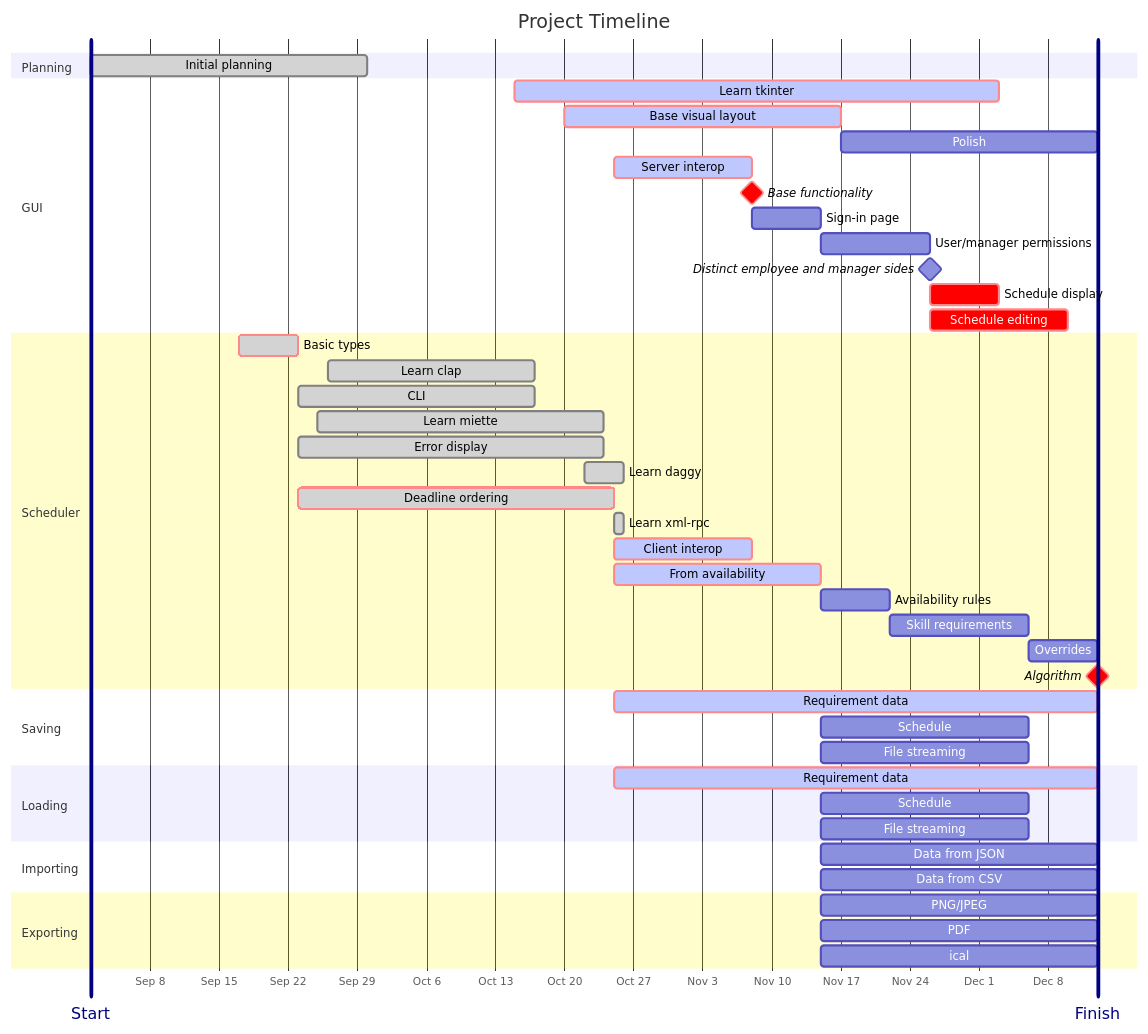
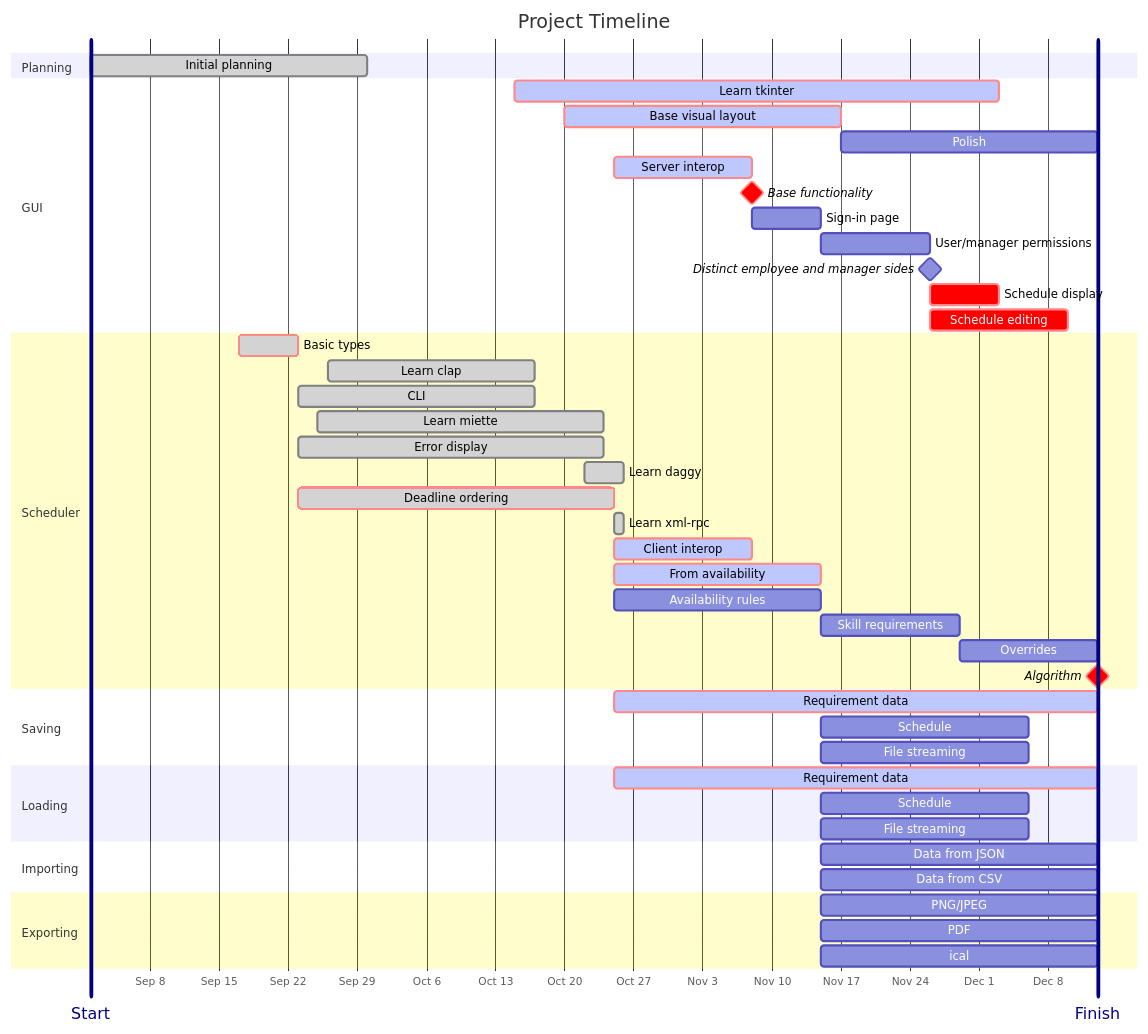
One commit to AmityWilder/gvsu-cis350-sporks changed the first of 4 diagrams in artifacts/diagrams.md. Above: the diagram before and after it, drawn with Mermaid.

Commit message:
Make availability rules and availability tasks parallel

````diff
--- a/artifacts/diagrams.md
+++ b/artifacts/diagrams.md
@@ -3,61 +3,61 @@
 ```mermaid
 gantt
     title Project Timeline
     dateFormat YYYY-M-D
     axisFormat %b %e
     tickInterval 1week
     weekday monday
     todayMarker on
     Start  : vert, 2025-9-2, 0d
     Finish : vert, 2025-12-13, 0d
 
     section Planning
     Initial planning                        : done, plan-init, 2025-9-2, 4w
 
     section GUI
     Learn tkinter                           : crit, active, lrn-tk, 2025-10-15, 7w
     Base visual layout                      : crit, active, base-layout, 2025-10-20, 4w
     Polish                                  : polish, after base-layout, 26d
     Server interop                          : crit, active, interop-clt, 2025-10-25, 2w
     Base functionality                      : crit, milestone, interop-clt
     Sign-in page                            : sign-in, after interop-clt, 1w
     User/manager permissions                : usr-perms, after sign-in, 1.5w
     Distinct employee and manager sides     : milestone, sign-in usr-perms
     Schedule display                        : crit, sch-disp, after usr-perms, 1w
     Schedule editing                        : crit, sch-edit, after usr-perms, 2w
 
     section Scheduler
     Basic types                             : crit, done, tys, 2025-9-17, 2025-9-23
     Learn clap                              : done, 2025-9-26, 2025-10-17
     CLI                                     : done, cli, 2025-9-23, 2025-10-17
     Learn miette                            : done, 2025-9-25, 2025-10-24
     Error display                           : done, errs, 2025-9-23, 2025-10-24
     Learn daggy                             : done, 2025-10-22, 2025-10-26
     Deadline ordering                       : crit, done, dl-ord, 2025-9-23, 2025-10-25
     Learn xml-rpc                           : done, 2025-10-25, 1d
     Client interop                          : crit, active, interop-srv, 2025-10-25, 2w
     From availability                       : crit, active, alg-avail, after dl-ord, 3w
-    Availability rules                      : avail-rules, after alg-avail, 1w
+    Availability rules                      : avail-rules, after dl-ord, 3w
     Skill requirements                      : skill-req, after avail-rules, 2w
-    Overrides                               : ovr, after skill-req, 1w
+    Overrides                               : ovr, after skill-req, 2w
     Algorithm                               : crit, milestone, dl-ord alg-avail avail-rules skill-req ovr
 
     section Saving
     Requirement data                        : crit, active, ser-dat, after dl-ord, 7w
     Schedule                                : ser-sch, after alg-avail, 3w
     File streaming                          : ser-stream, after alg-avail, 3w
 
     section Loading
     Requirement data                        : crit, active, de-dat, after dl-ord, 7w
     Schedule                                : de-sch, after alg-avail, 3w
     File streaming                          : de-stream, after alg-avail, 3w
 
     section Importing
     Data from JSON                          : im-json, after alg-avail, 4w
     Data from CSV                           : im-csv, after alg-avail, 4w
 
     section Exporting
     PNG/JPEG                                : ex-img, after alg-avail, 4w
     PDF                                     : ex-pdf, after alg-avail, 4w
     ical                                    : ex-ical, after alg-avail, 4w
 ```
````
